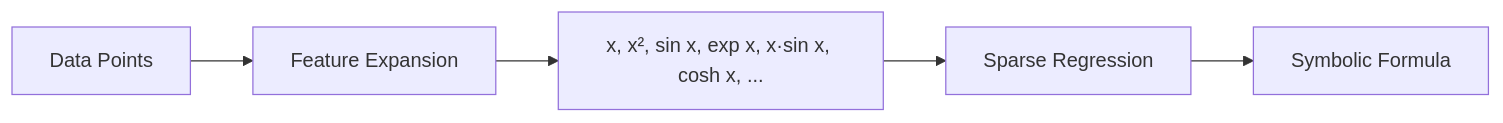
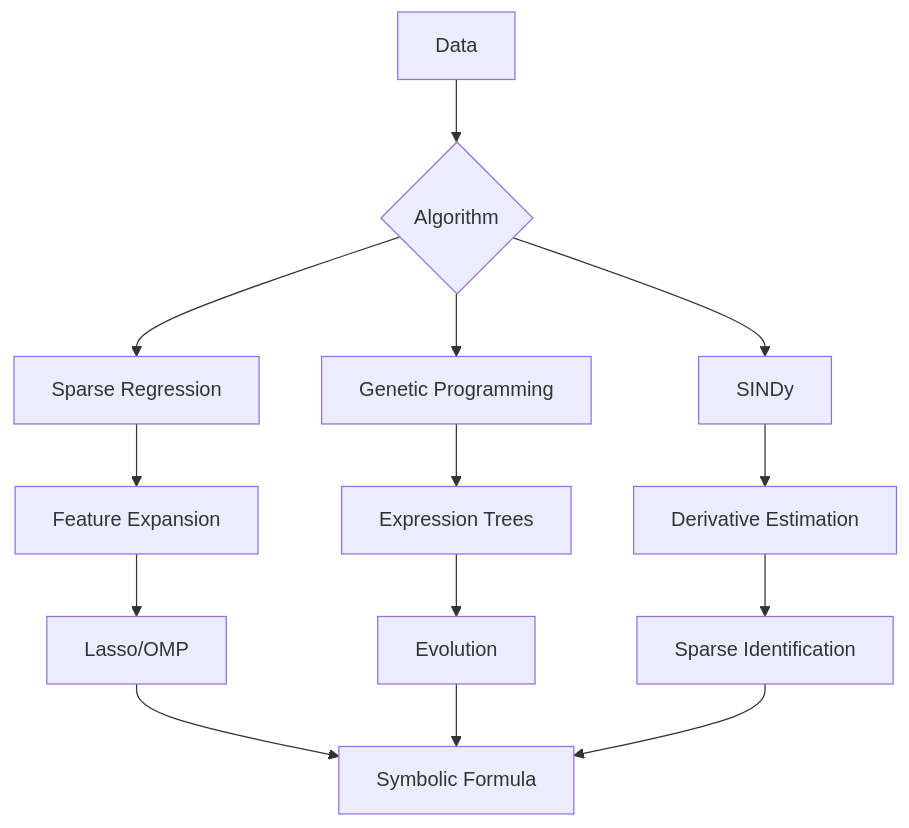
Before and after one commit to sizzlins/kalkulator-ai: the diagram in README.md, drawn with Mermaid. The commit also changed other lines of this file and 21 other files, not shown here.

First line of the commit message:
feat: add research-grade symbolic regression engine v2.0.0

````diff
--- a/README.md
+++ b/README.md
@@ -157,7 +149,16 @@
 ```mermaid
-graph LR
-    A[Data Points] --> B[Feature Expansion]
-    B --> C[x, x², sin x, exp x, x·sin x, cosh x, ...]
-    C --> D[Sparse Regression]
-    D --> E[Symbolic Formula]
+graph TD
+    A[Data] --> B{Algorithm}
+    B --> C[Sparse Regression]
+    B --> D[Genetic Programming]
+    B --> E[SINDy]
+    C --> F[Feature Expansion]
+    F --> G[Lasso/OMP]
+    D --> H[Expression Trees]
+    H --> I[Evolution]
+    E --> J[Derivative Estimation]
+    J --> K[Sparse Identification]
+    G --> L[Symbolic Formula]
+    I --> L
+    K --> L
 ```
````
